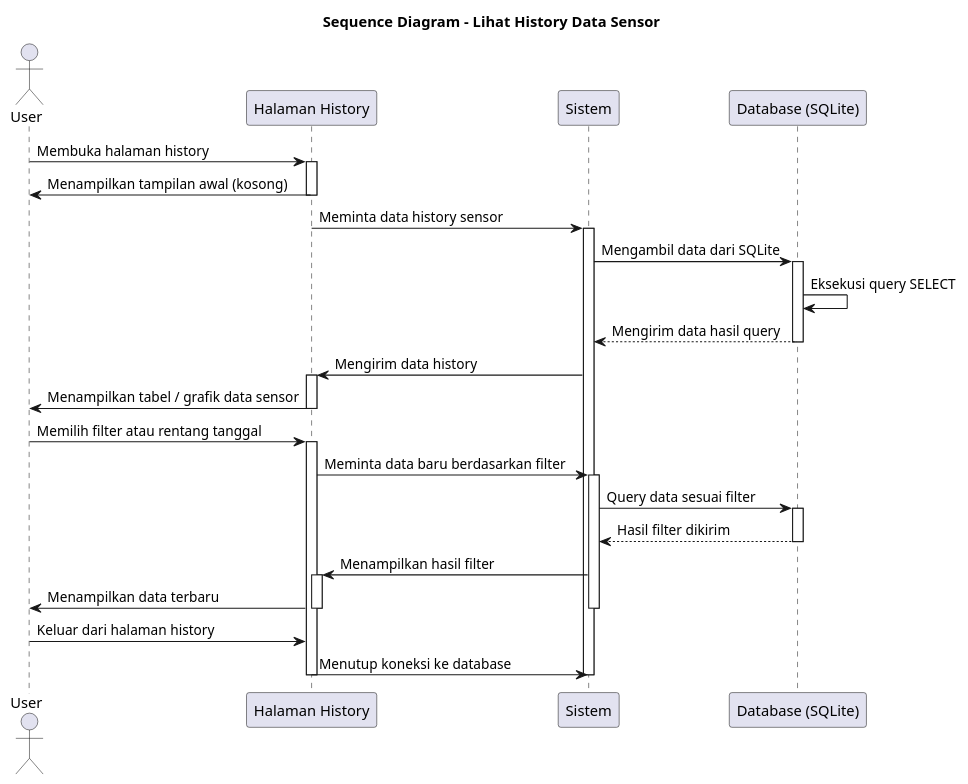
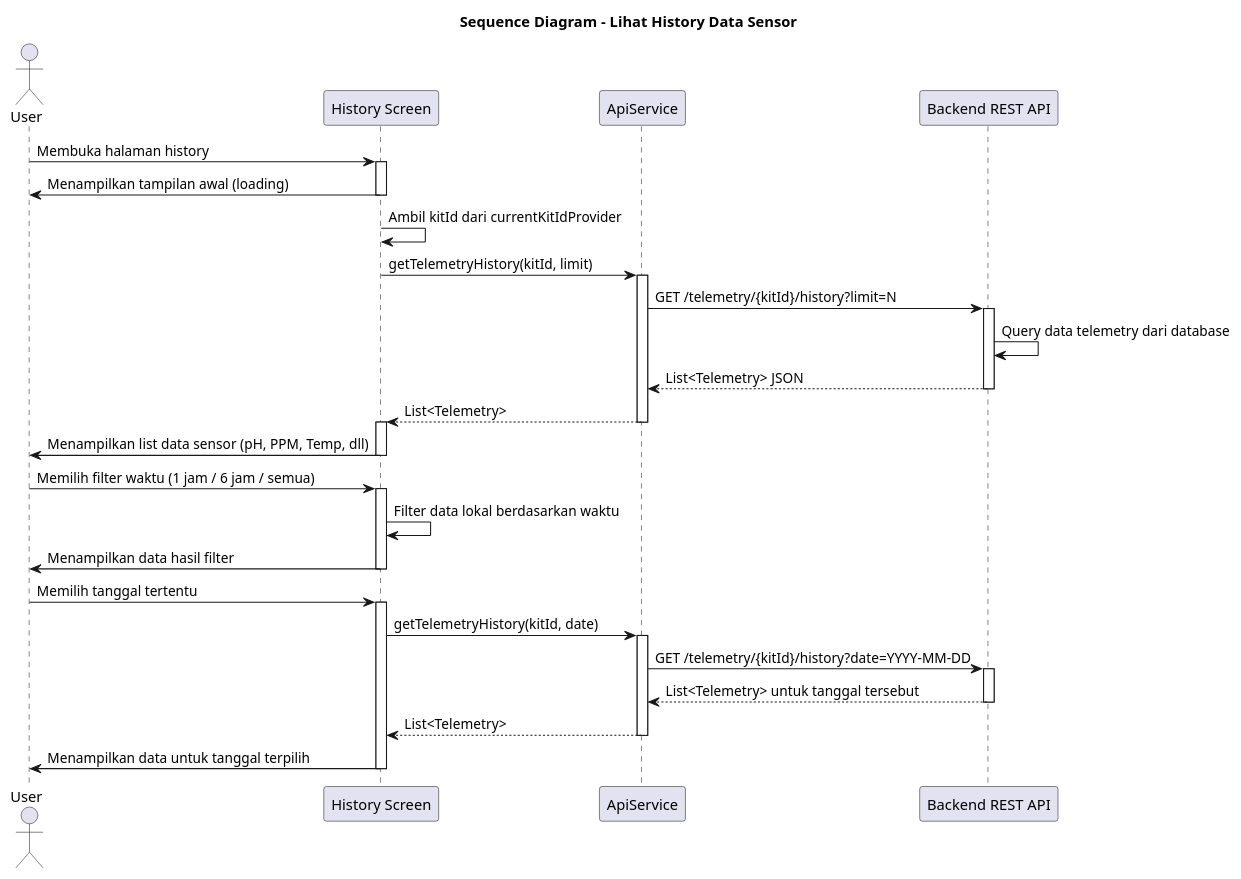
Before and after one commit to DarmawanWisnu/flutter-cea-system: the diagram in docs/diagrams/sequence/sequence_history.puml, drawn with PlantUML. The commit also changed 29 other files, not shown here.

```diff
--- a/docs/diagrams/sequence/sequence_history.puml
+++ b/docs/diagrams/sequence/sequence_history.puml
@@ -1,52 +1,59 @@
 @startuml
 title Sequence Diagram - Lihat History Data Sensor
 
 actor "User" as User
-participant "Halaman History" as Form
-participant "Sistem" as System
-participant "Database (SQLite)" as DB
+participant "History Screen" as Form
+participant "ApiService" as API
+participant "Backend REST API" as Backend
 
 ' === Awal ===
 User -> Form : Membuka halaman history
 activate Form
-Form -> User : Menampilkan tampilan awal (kosong)
+Form -> User : Menampilkan tampilan awal (loading)
 deactivate Form
 
-' === Permintaan data ===
-Form -> System : Meminta data history sensor
-activate System
+' === Load kit dari shared state ===
+Form -> Form : Ambil kitId dari currentKitIdProvider
 
-System -> DB : Mengambil data dari SQLite
-activate DB
-DB -> DB : Eksekusi query SELECT
-DB --> System : Mengirim data hasil query
-deactivate DB
+' === Permintaan data history ===
+Form -> API : getTelemetryHistory(kitId, limit)
+activate API
+
+API -> Backend : GET /telemetry/{kitId}/history?limit=N
+activate Backend
+Backend -> Backend : Query data telemetry dari database
+Backend --> API : List<Telemetry> JSON
+deactivate Backend
+
+API --> Form : List<Telemetry>
+deactivate API
 
 ' === Tampilkan data ke user ===
-System -> Form : Mengirim data history
 activate Form
-Form -> User : Menampilkan tabel / grafik data sensor
+Form -> User : Menampilkan list data sensor (pH, PPM, Temp, dll)
 deactivate Form
 
-' === User aksi tambahan (opsional) ===
-User -> Form : Memilih filter atau rentang tanggal
+' === User filter data ===
+User -> Form : Memilih filter waktu (1 jam / 6 jam / semua)
 activate Form
-Form -> System : Meminta data baru berdasarkan filter
-activate System
-System -> DB : Query data sesuai filter
-activate DB
-DB --> System : Hasil filter dikirim
-deactivate DB
-System -> Form : Menampilkan hasil filter
+Form -> Form : Filter data lokal berdasarkan waktu
+Form -> User : Menampilkan data hasil filter
+deactivate Form
+
+' === User pilih tanggal ===
+User -> Form : Memilih tanggal tertentu
 activate Form
-Form -> User : Menampilkan data terbaru
+
+Form -> API : getTelemetryHistory(kitId, date)
+activate API
+API -> Backend : GET /telemetry/{kitId}/history?date=YYYY-MM-DD
+activate Backend
+Backend --> API : List<Telemetry> untuk tanggal tersebut
+deactivate Backend
+API --> Form : List<Telemetry>
+deactivate API
+
+Form -> User : Menampilkan data untuk tanggal terpilih
 deactivate Form
-deactivate System
-
-' === Akhiran ===
-User -> Form : Keluar dari halaman history
-Form -> System : Menutup koneksi ke database
-deactivate Form
-deactivate System
 
 @enduml
```
